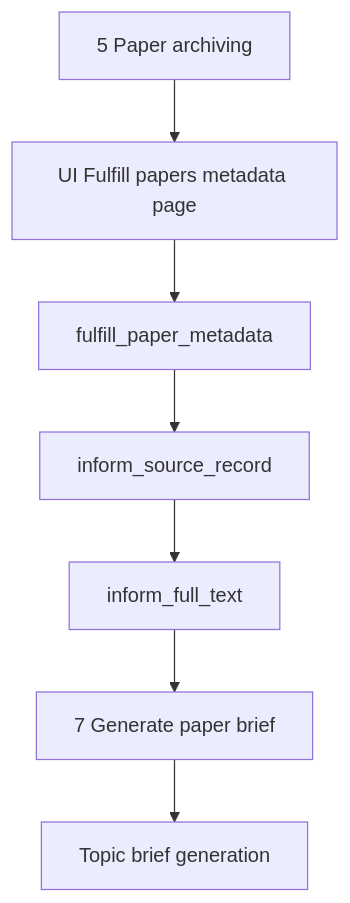
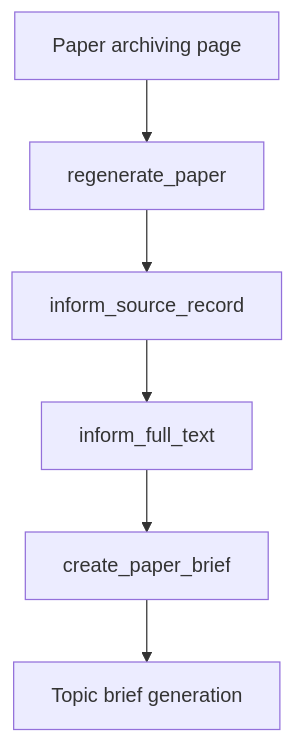
Before and after one commit to GustavoRusso/paper-reviewer: the first of 2 diagrams in docs/specs/2.2.2-fulfill-papers-metadata.md, drawn with Mermaid. The commit also changed other lines of this file and 37 other files, not shown here.

Commit message:
Unify Paper Ingestion UI to be the unify point that run inform_source_record → inform_full_text → create_paper_brief

````diff
--- a/docs/specs/2.2.2-fulfill-papers-metadata.md
+++ b/docs/specs/2.2.2-fulfill-papers-metadata.md
@@ -65,16 +64,14 @@
 ```mermaid
 flowchart TB
-  archive[5 Paper archiving]
-  ui[UI Fulfill papers metadata page]
-  orch[fulfill_paper_metadata]
+  archive[Paper archiving page]
+  regen[regenerate_paper]
   srcRec[inform_source_record]
   fullTxt[inform_full_text]
-  briefStep[7 Generate paper brief]
+  briefJob[create_paper_brief]
   topic[Topic brief generation]
-  archive --> ui
-  ui --> orch
-  orch --> srcRec
+  archive --> regen
+  regen --> srcRec
   srcRec --> fullTxt
-  fullTxt --> briefStep
-  briefStep --> topic
+  fullTxt --> briefJob
+  briefJob --> topic
 ```
````
